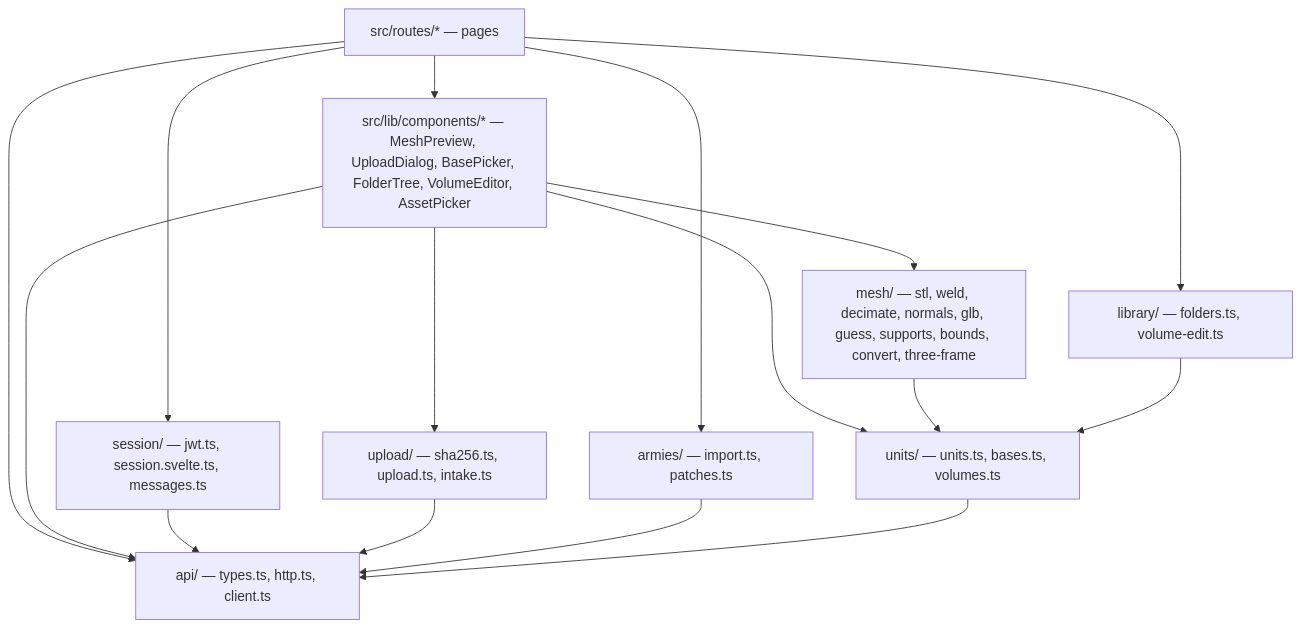
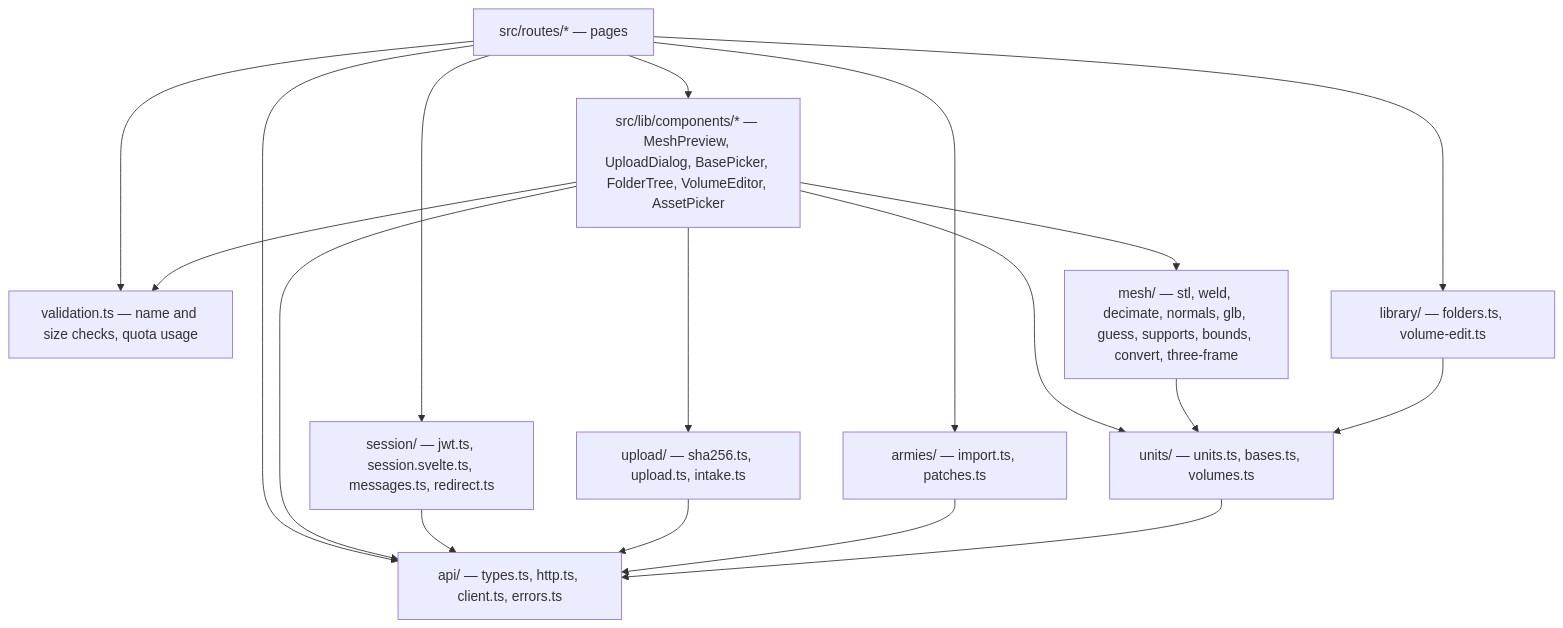
One commit to cstupi/tabletop changed the third of 13 diagrams in docs/design/web-app/design.md. Above: the diagram before and after it, drawn with Mermaid. The commit also changed other lines of this file and 1 other file, not shown here.

First line of the commit message:
Docs: web app messages, checks, return path and accessibility

````diff
--- a/docs/design/web-app/design.md
+++ b/docs/design/web-app/design.md
@@ -177,28 +177,31 @@
 ```mermaid
 graph TD
     Routes["src/routes/* — pages"]
     Comps["src/lib/components/* — MeshPreview, UploadDialog, BasePicker, FolderTree, VolumeEditor, AssetPicker"]
-    Sess["session/ — jwt.ts, session.svelte.ts, messages.ts"]
-    Api["api/ — types.ts, http.ts, client.ts"]
+    Sess["session/ — jwt.ts, session.svelte.ts, messages.ts, redirect.ts"]
+    Api["api/ — types.ts, http.ts, client.ts, errors.ts"]
+    Valid["validation.ts — name and size checks, quota usage"]
     Units["units/ — units.ts, bases.ts, volumes.ts"]
     Mesh["mesh/ — stl, weld, decimate, normals, glb, guess, supports, bounds, convert, three-frame"]
     Upload["upload/ — sha256.ts, upload.ts, intake.ts"]
     LibMod["library/ — folders.ts, volume-edit.ts"]
     Armies["armies/ — import.ts, patches.ts"]
 
     Routes --> Comps
     Routes --> Sess
     Routes --> Api
     Routes --> LibMod
     Routes --> Armies
+    Routes --> Valid
+    Comps --> Valid
     Comps --> Mesh
     Comps --> Upload
     Comps --> Units
     Comps --> Api
     Sess --> Api
     Upload --> Api
     Mesh --> Units
     LibMod --> Units
     Armies --> Api
     Units --> Api
 ```
````
